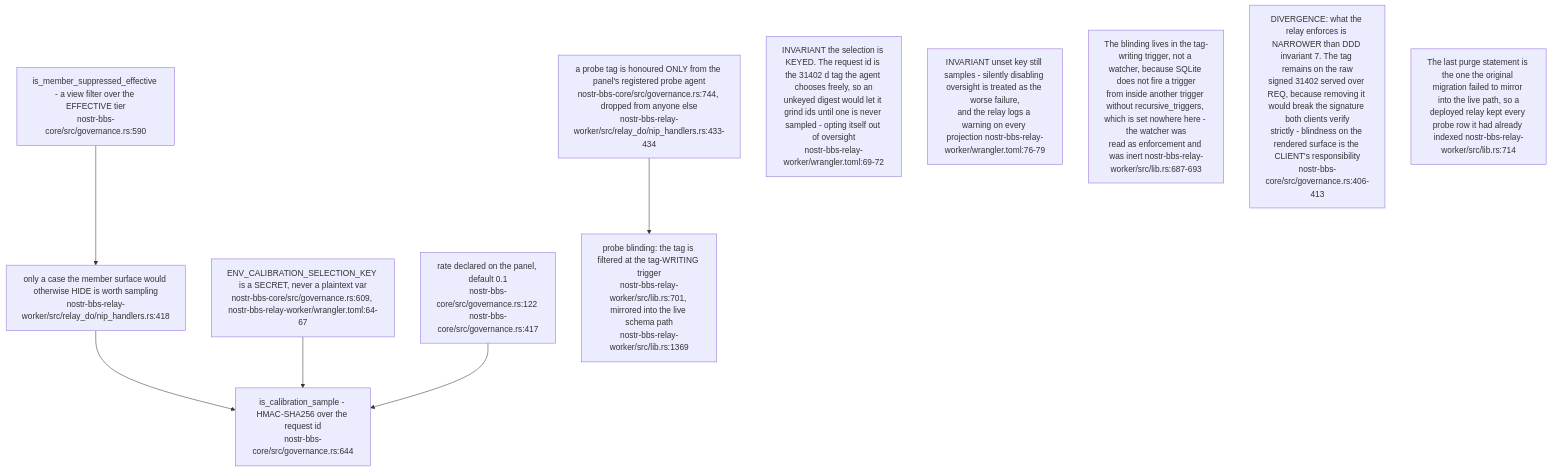
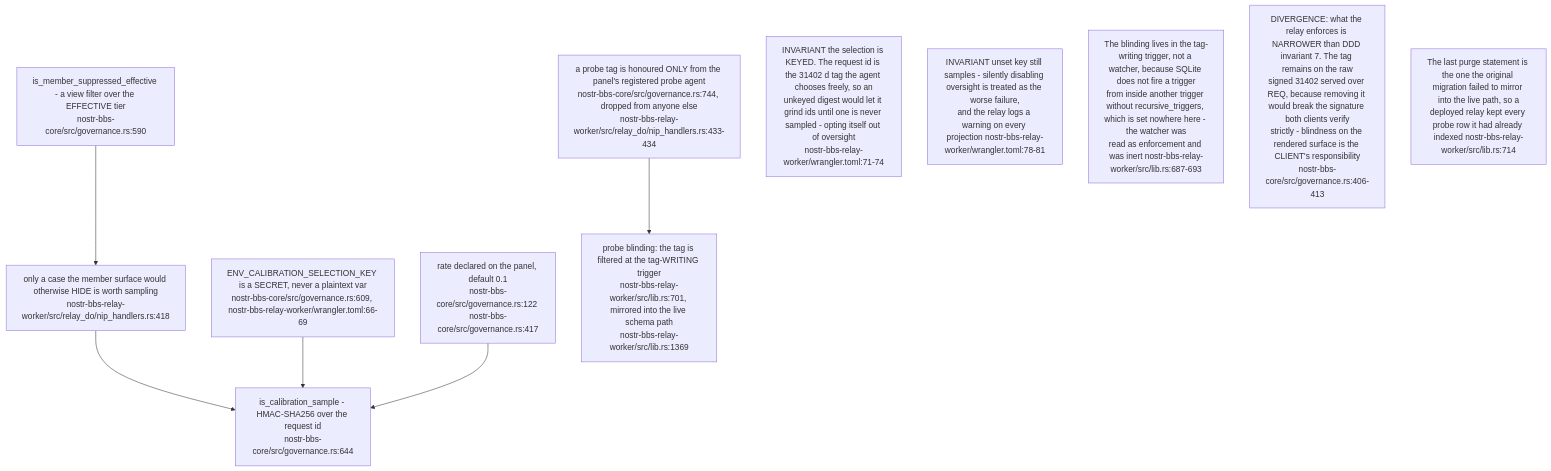
Before and after one commit to DreamLab-AI/VisionFlow: diagram 12 of 18 in docs/diagrams/nostr-rust-forum/06-agent-control-surface-31400-31405.md, drawn with Mermaid. The commit also changed other lines of this file and 11 other files, not shown here.

````diff
--- a/docs/diagrams/nostr-rust-forum/06-agent-control-surface-31400-31405.md
+++ b/docs/diagrams/nostr-rust-forum/06-agent-control-surface-31400-31405.md
@@ -358,21 +358,21 @@
 ```mermaid
 flowchart TB
     SUP["is_member_suppressed_effective - a view filter over the EFFECTIVE tier<br/>nostr-bbs-core/src/governance.rs:590"]
     ONLY["only a case the member surface would otherwise HIDE is worth sampling<br/>nostr-bbs-relay-worker/src/relay_do/nip_handlers.rs:418"]
     CAL["is_calibration_sample - HMAC-SHA256 over the request id<br/>nostr-bbs-core/src/governance.rs:644"]
-    KEY["ENV_CALIBRATION_SELECTION_KEY is a SECRET, never a plaintext var<br/>nostr-bbs-core/src/governance.rs:609, nostr-bbs-relay-worker/wrangler.toml:64-67"]
+    KEY["ENV_CALIBRATION_SELECTION_KEY is a SECRET, never a plaintext var<br/>nostr-bbs-core/src/governance.rs:609, nostr-bbs-relay-worker/wrangler.toml:66-69"]
     RATE["rate declared on the panel, default 0.1<br/>nostr-bbs-core/src/governance.rs:122 nostr-bbs-core/src/governance.rs:417"]
     PROBE["a probe tag is honoured ONLY from the panel's registered probe agent<br/>nostr-bbs-core/src/governance.rs:744, dropped from anyone else<br/>nostr-bbs-relay-worker/src/relay_do/nip_handlers.rs:433-434"]
     BLIND["probe blinding: the tag is filtered at the tag-WRITING trigger<br/>nostr-bbs-relay-worker/src/lib.rs:701, mirrored into the live schema path<br/>nostr-bbs-relay-worker/src/lib.rs:1369"]
 
     SUP --> ONLY --> CAL
     KEY --> CAL
     RATE --> CAL
     PROBE --> BLIND
 
-    N1["INVARIANT the selection is KEYED. The request id is the 31402 d tag the agent chooses freely, so an<br/>unkeyed digest would let it grind ids until one is never sampled - opting itself out of oversight<br/>nostr-bbs-relay-worker/wrangler.toml:69-72"]
-    N2["INVARIANT unset key still samples - silently disabling oversight is treated as the worse failure,<br/>and the relay logs a warning on every projection nostr-bbs-relay-worker/wrangler.toml:76-79"]
+    N1["INVARIANT the selection is KEYED. The request id is the 31402 d tag the agent chooses freely, so an<br/>unkeyed digest would let it grind ids until one is never sampled - opting itself out of oversight<br/>nostr-bbs-relay-worker/wrangler.toml:71-74"]
+    N2["INVARIANT unset key still samples - silently disabling oversight is treated as the worse failure,<br/>and the relay logs a warning on every projection nostr-bbs-relay-worker/wrangler.toml:78-81"]
     N3["The blinding lives in the tag-writing trigger, not a watcher, because SQLite does not fire a trigger<br/>from inside another trigger without recursive_triggers, which is set nowhere here - the watcher was<br/>read as enforcement and was inert nostr-bbs-relay-worker/src/lib.rs:687-693"]
     N4["DIVERGENCE: what the relay enforces is NARROWER than DDD invariant 7. The tag remains on the raw<br/>signed 31402 served over REQ, because removing it would break the signature both clients verify<br/>strictly - blindness on the rendered surface is the CLIENT's responsibility<br/>nostr-bbs-core/src/governance.rs:406-413"]
     N5["The last purge statement is the one the original migration failed to mirror into the live path, so a<br/>deployed relay kept every probe row it had already indexed nostr-bbs-relay-worker/src/lib.rs:714"]
 ```
````
